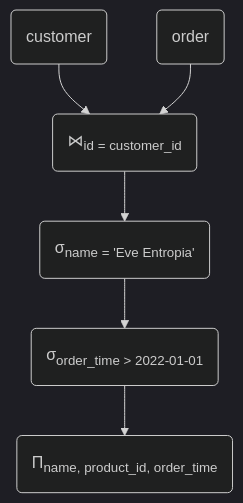
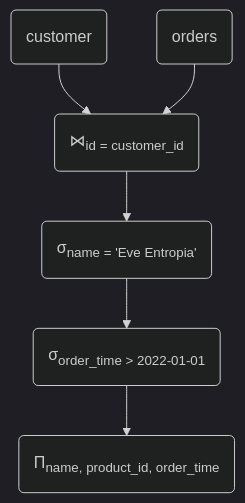
One commit to leftshift/query-planner-talk changed the fifth of 7 diagrams in slides.md. Above: the diagram before and after it, drawn with Mermaid (dark theme). The commit also changed other lines of this file and 9 other files, not shown here.

````diff
--- a/slides.md
+++ b/slides.md
@@ -282,9 +282,9 @@
 ```mermaid
 flowchart TB
     tb1(customer) --> j
-    tb2(order) --> j
+    tb2(orders) --> j
     j("⋈<sub>id = customer_id</sub>") --> sl1
     sl1("σ<sub>name = 'Eve Entropia'</sub>") --> sl2
     sl2("σ<sub>order_time > 2022-01-01</sub>") --> pr
     pr(Π<sub>name, product_id, order_time</sub>)
 ```
````
